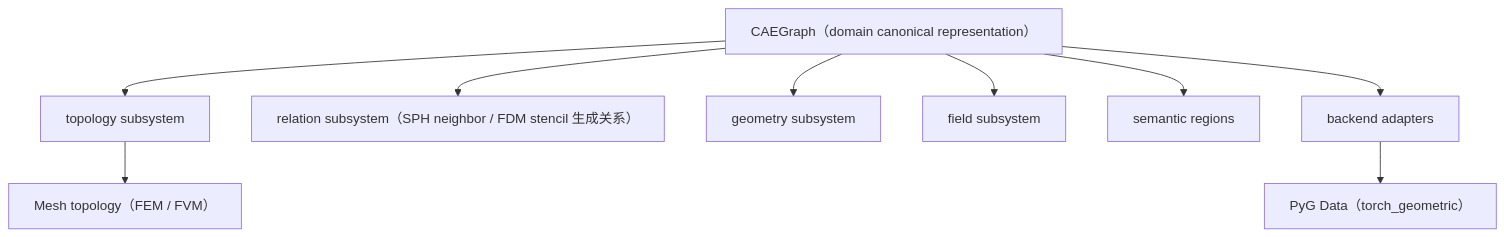
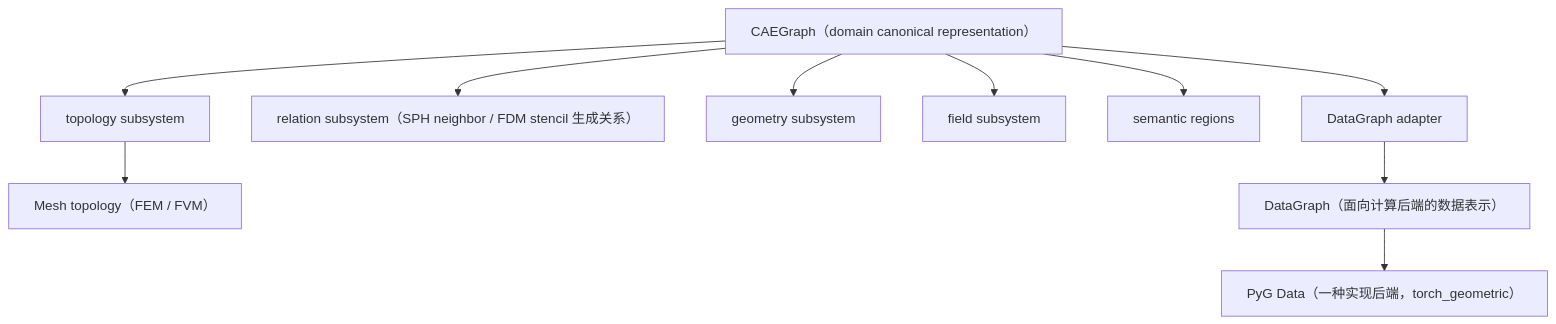
The second of 2 diagrams in architecture/decisions/ADR-015-caegraph-representation.md (XYChouMian/caegraph), drawn with Mermaid before and after one commit. The commit also changed other lines of this file and 17 other files, not shown here.

````diff
--- a/architecture/decisions/ADR-015-caegraph-representation.md
+++ b/architecture/decisions/ADR-015-caegraph-representation.md
@@ -84,14 +102,15 @@
 ```mermaid
 flowchart TD
     C["CAEGraph（domain canonical representation）"]
     C --> T["topology subsystem"]
     T --> M["Mesh topology（FEM / FVM）"]
     C --> R["relation subsystem（SPH neighbor / FDM stencil 生成关系）"]
     C --> G["geometry subsystem"]
     C --> F["field subsystem"]
     C --> RG["semantic regions"]
-    C --> A["backend adapters"]
-    A --> P["PyG Data（torch_geometric）"]
+    C --> A["DataGraph adapter"]
+    A --> DG["DataGraph（面向计算后端的数据表示）"]
+    DG --> P["PyG Data（一种实现后端，torch_geometric）"]
     classDef nowrap white-space:nowrap
-    class C,T,M,R,G,F,RG,A,P nowrap
+    class C,T,M,R,G,F,RG,A,DG,P nowrap
 ```
````
